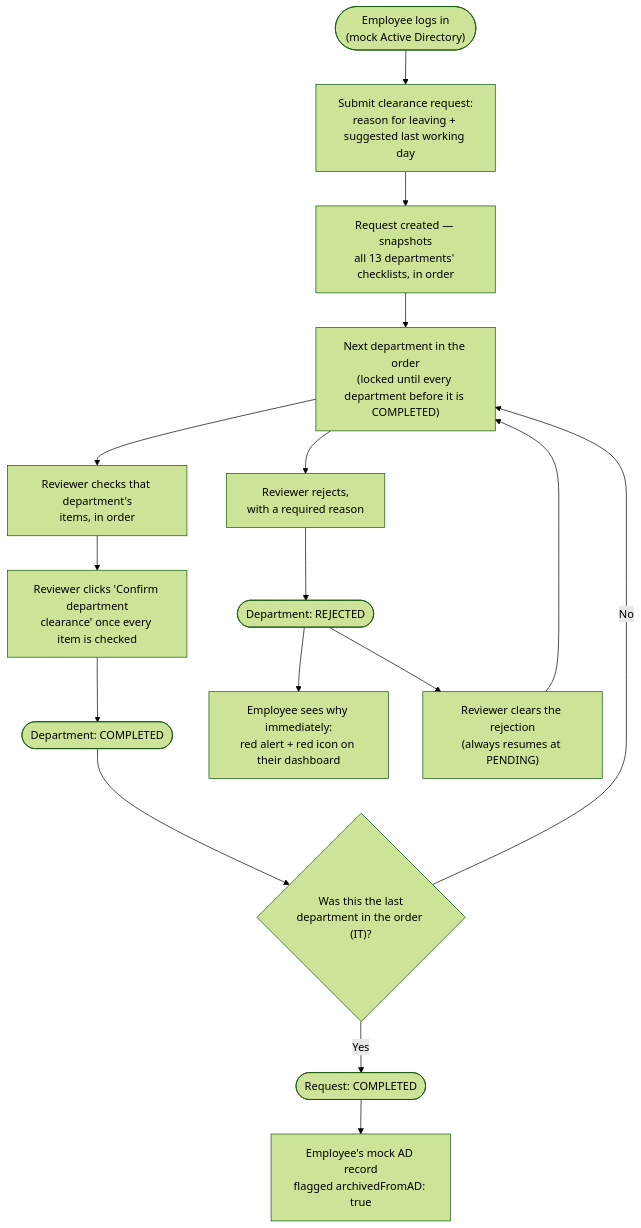
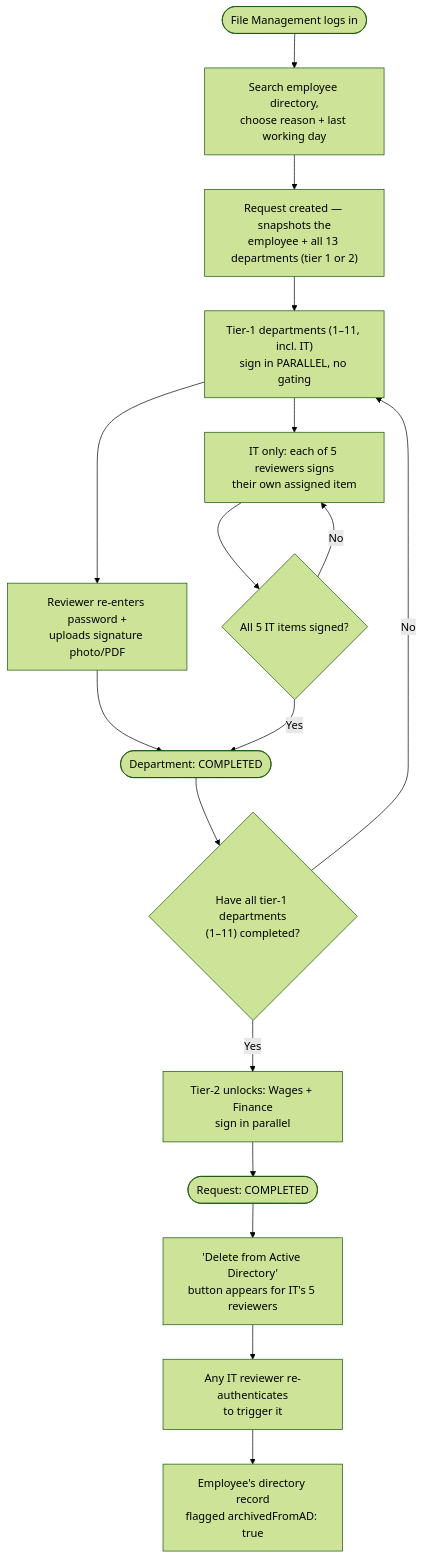
Before and after one commit to Abdo-N/Egas-clearance: the first of 2 diagrams in README.md, drawn with Mermaid (forest theme). The commit also changed other lines of this file and 46 other files, not shown here.

````diff
--- a/README.md
+++ b/README.md
@@ -99,18 +110,19 @@
 ```mermaid
 flowchart TD
-    A(["Employee logs in<br/>(mock Active Directory)"]) --> B["Submit clearance request:<br/>reason for leaving + suggested last working day"]
-    B --> C["Request created — snapshots<br/>all 13 departments' checklists, in order"]
-    C --> D["Next department in the order<br/>(locked until every department before it is COMPLETED)"]
-    D --> E["Reviewer checks that department's<br/>items, in order"]
-    E --> F["Reviewer clicks 'Confirm department<br/>clearance' once every item is checked"]
-    D --> G["Reviewer rejects,<br/>with a required reason"]
-    F --> H(["Department: COMPLETED"])
-    G --> I(["Department: REJECTED"])
-    I --> J["Employee sees why immediately:<br/>red alert + red icon on their dashboard"]
-    I --> K["Reviewer clears the rejection<br/>(always resumes at PENDING)"]
-    K --> D
-    H --> L{"Was this the last<br/>department in the order (IT)?"}
-    L -->|"No"| D
-    L -->|"Yes"| M(["Request: COMPLETED"])
-    M --> N["Employee's mock AD record<br/>flagged archivedFromAD: true"]
+    A(["File Management logs in"]) --> B["Search employee directory,<br/>choose reason + last working day"]
+    B --> C["Request created — snapshots the<br/>employee + all 13 departments (tier 1 or 2)"]
+    C --> D["Tier-1 departments (1–11, incl. IT)<br/>sign in PARALLEL, no gating"]
+    D --> E["Reviewer re-enters password +<br/>uploads signature photo/PDF"]
+    E --> F(["Department: COMPLETED"])
+    D --> G["IT only: each of 5 reviewers signs<br/>their own assigned item"]
+    G --> H{"All 5 IT items signed?"}
+    H -->|"No"| G
+    H -->|"Yes"| F
+    F --> I{"Have all tier-1 departments<br/>(1–11) completed?"}
+    I -->|"No"| D
+    I -->|"Yes"| J["Tier-2 unlocks: Wages + Finance<br/>sign in parallel"]
+    J --> K(["Request: COMPLETED"])
+    K --> L["'Delete from Active Directory'<br/>button appears for IT's 5 reviewers"]
+    L --> M["Any IT reviewer re-authenticates<br/>to trigger it"]
+    M --> N["Employee's directory record<br/>flagged archivedFromAD: true"]
 ```
````
